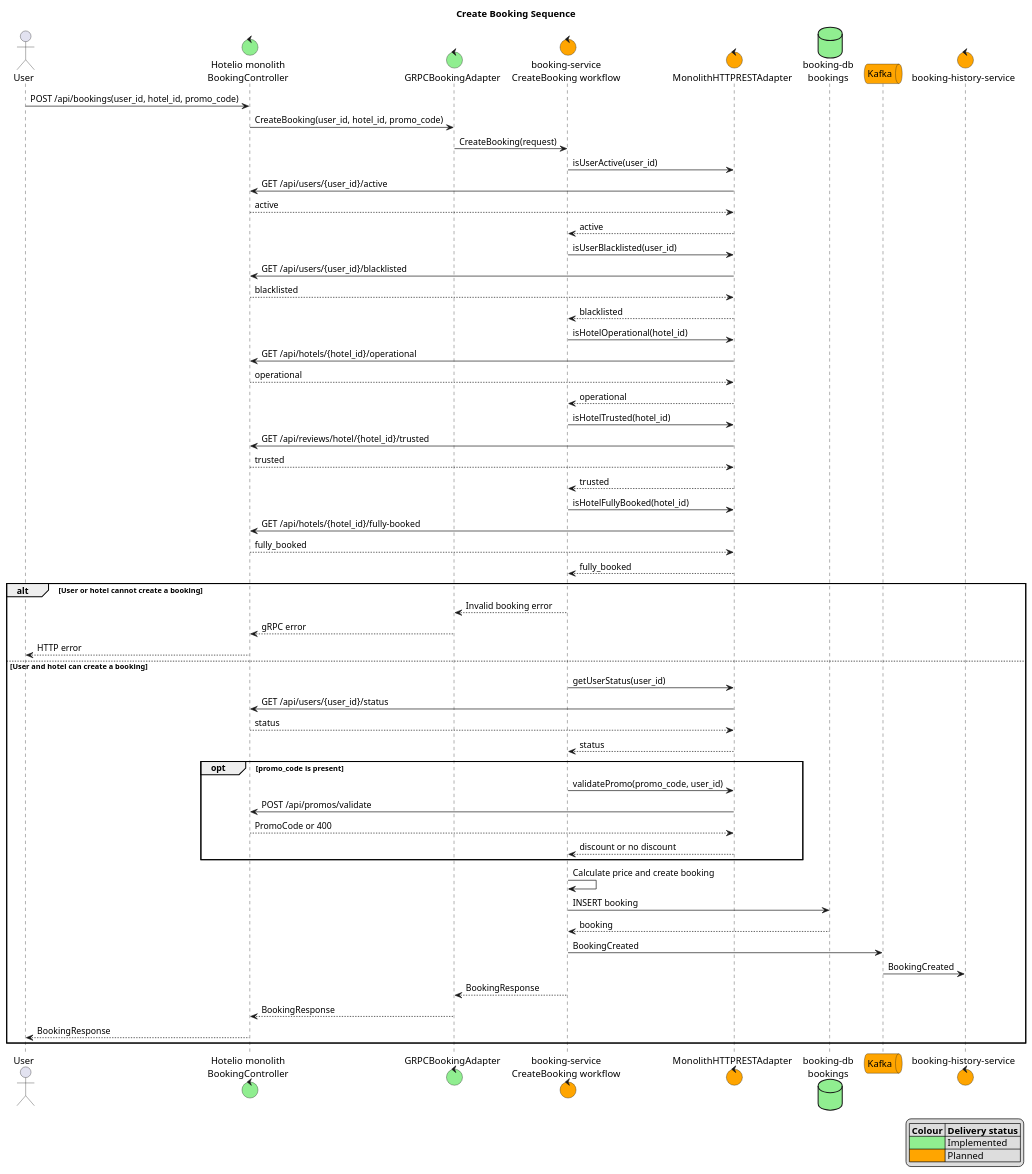
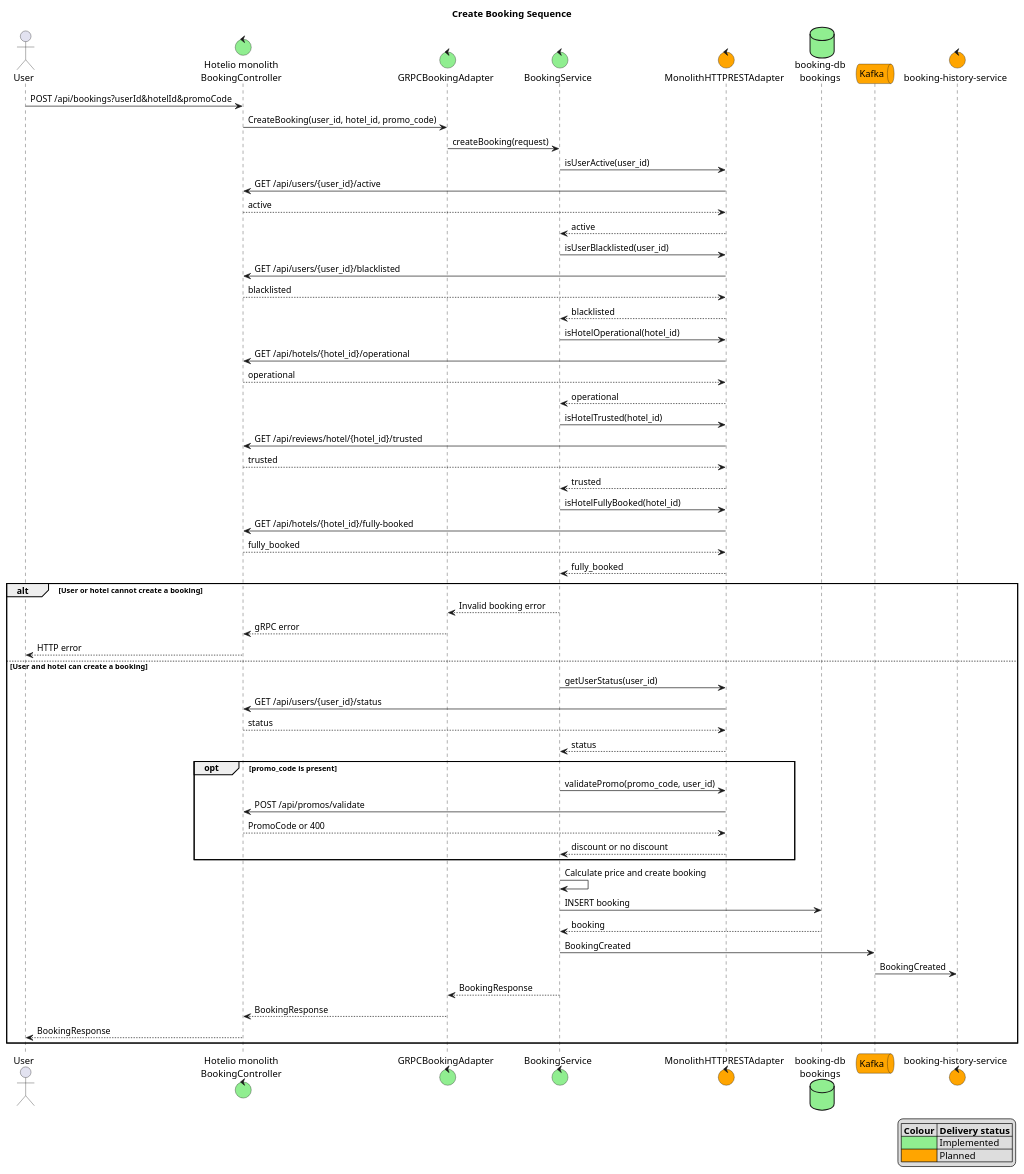
Before and after one commit to vs-ya-practicum/02-hotelio-fork: the diagram in services/booking/model/SEQ-01-create-booking.sequence.puml, drawn with PlantUML. The commit also changed 15 other files, not shown here.

```diff
--- a/services/booking/model/SEQ-01-create-booking.sequence.puml
+++ b/services/booking/model/SEQ-01-create-booking.sequence.puml
@@ -1,76 +1,76 @@
 @startuml Create Booking Sequence
 
 title Create Booking Sequence
 
 actor User as user
 control "Hotelio monolith\nBookingController" as monolith #lightgreen
 control GRPCBookingAdapter as grpc_booking_adapter #lightgreen
-control "booking-service\nCreateBooking workflow" as booking_service #orange
+control BookingService as booking_service #lightgreen
 control MonolithHTTPRESTAdapter as monolith_http_rest_adapter #orange
 database "booking-db\nbookings" as booking_db #lightgreen
 queue Kafka as kafka #orange
 control "booking-history-service" as booking_history_service #orange
 
 legend right
 |= Colour |= Delivery status |
 |<#lightgreen> | Implemented |
 |<#orange> | Planned |
 endlegend
 
-user -> monolith : POST /api/bookings(user_id, hotel_id, promo_code)
+user -> monolith : POST /api/bookings?userId&hotelId&promoCode
 monolith -> grpc_booking_adapter : CreateBooking(user_id, hotel_id, promo_code)
-grpc_booking_adapter -> booking_service : CreateBooking(request)
+grpc_booking_adapter -> booking_service : createBooking(request)
 
 booking_service -> monolith_http_rest_adapter : isUserActive(user_id)
 monolith_http_rest_adapter -> monolith : GET /api/users/{user_id}/active
 monolith --> monolith_http_rest_adapter : active
 monolith_http_rest_adapter --> booking_service : active
 
 booking_service -> monolith_http_rest_adapter : isUserBlacklisted(user_id)
 monolith_http_rest_adapter -> monolith : GET /api/users/{user_id}/blacklisted
 monolith --> monolith_http_rest_adapter : blacklisted
 monolith_http_rest_adapter --> booking_service : blacklisted
 
 booking_service -> monolith_http_rest_adapter : isHotelOperational(hotel_id)
 monolith_http_rest_adapter -> monolith : GET /api/hotels/{hotel_id}/operational
 monolith --> monolith_http_rest_adapter : operational
 monolith_http_rest_adapter --> booking_service : operational
 
 booking_service -> monolith_http_rest_adapter : isHotelTrusted(hotel_id)
 monolith_http_rest_adapter -> monolith : GET /api/reviews/hotel/{hotel_id}/trusted
 monolith --> monolith_http_rest_adapter : trusted
 monolith_http_rest_adapter --> booking_service : trusted
 
 booking_service -> monolith_http_rest_adapter : isHotelFullyBooked(hotel_id)
 monolith_http_rest_adapter -> monolith : GET /api/hotels/{hotel_id}/fully-booked
 monolith --> monolith_http_rest_adapter : fully_booked
 monolith_http_rest_adapter --> booking_service : fully_booked
 
 alt User or hotel cannot create a booking
     booking_service --> grpc_booking_adapter : Invalid booking error
     grpc_booking_adapter --> monolith : gRPC error
     monolith --> user : HTTP error
 else User and hotel can create a booking
     booking_service -> monolith_http_rest_adapter : getUserStatus(user_id)
     monolith_http_rest_adapter -> monolith : GET /api/users/{user_id}/status
     monolith --> monolith_http_rest_adapter : status
     monolith_http_rest_adapter --> booking_service : status
 
     opt promo_code is present
         booking_service -> monolith_http_rest_adapter : validatePromo(promo_code, user_id)
         monolith_http_rest_adapter -> monolith : POST /api/promos/validate
         monolith --> monolith_http_rest_adapter : PromoCode or 400
         monolith_http_rest_adapter --> booking_service : discount or no discount
     end
 
     booking_service -> booking_service : Calculate price and create booking
     booking_service -> booking_db : INSERT booking
     booking_db --> booking_service : booking
     booking_service -> kafka : BookingCreated
     kafka -> booking_history_service : BookingCreated
     booking_service --> grpc_booking_adapter : BookingResponse
     grpc_booking_adapter --> monolith : BookingResponse
     monolith --> user : BookingResponse
 end
 
 @enduml
```
